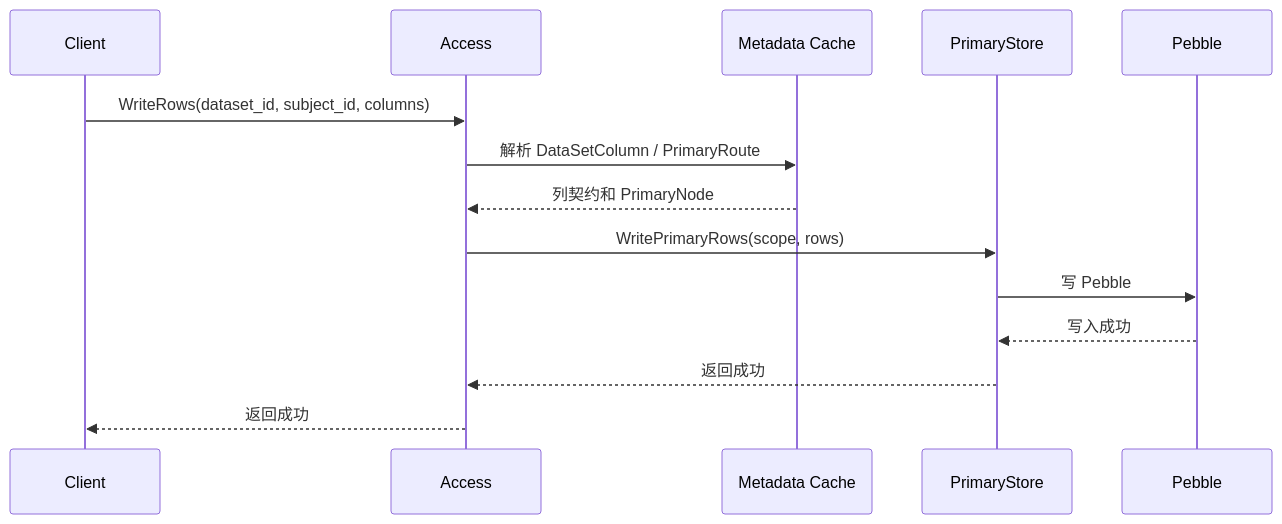
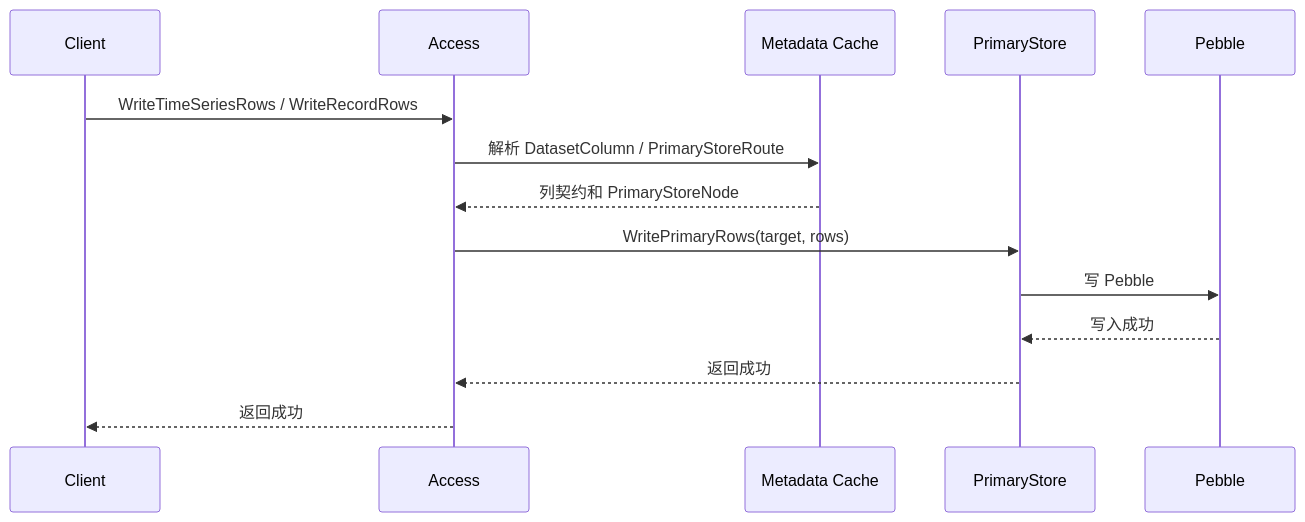
Before and after one commit to mooyang-code/moox: the second of 3 diagrams in docs/storage-target-architecture-and-metadata.md, drawn with Mermaid. The commit also changed other lines of this file and 147 other files, not shown here.

````diff
--- a/docs/storage-target-architecture-and-metadata.md
+++ b/docs/storage-target-architecture-and-metadata.md
@@ -446,17 +446,17 @@
 ```mermaid
 sequenceDiagram
     participant C as Client
     participant S as Access
     participant M as Metadata Cache
     participant PSS as PrimaryStore
     participant P as Pebble
 
-    C->>S: WriteRows(dataset_id, subject_id, columns)
-    S->>M: 解析 DataSetColumn / PrimaryRoute
-    M-->>S: 列契约和 PrimaryNode
-    S->>PSS: WritePrimaryRows(scope, rows)
+    C->>S: WriteTimeSeriesRows / WriteRecordRows
+    S->>M: 解析 DatasetColumn / PrimaryStoreRoute
+    M-->>S: 列契约和 PrimaryStoreNode
+    S->>PSS: WritePrimaryRows(target, rows)
     PSS->>P: 写 Pebble
     P-->>PSS: 写入成功
     PSS-->>S: 返回成功
     S-->>C: 返回成功
 ```
````
